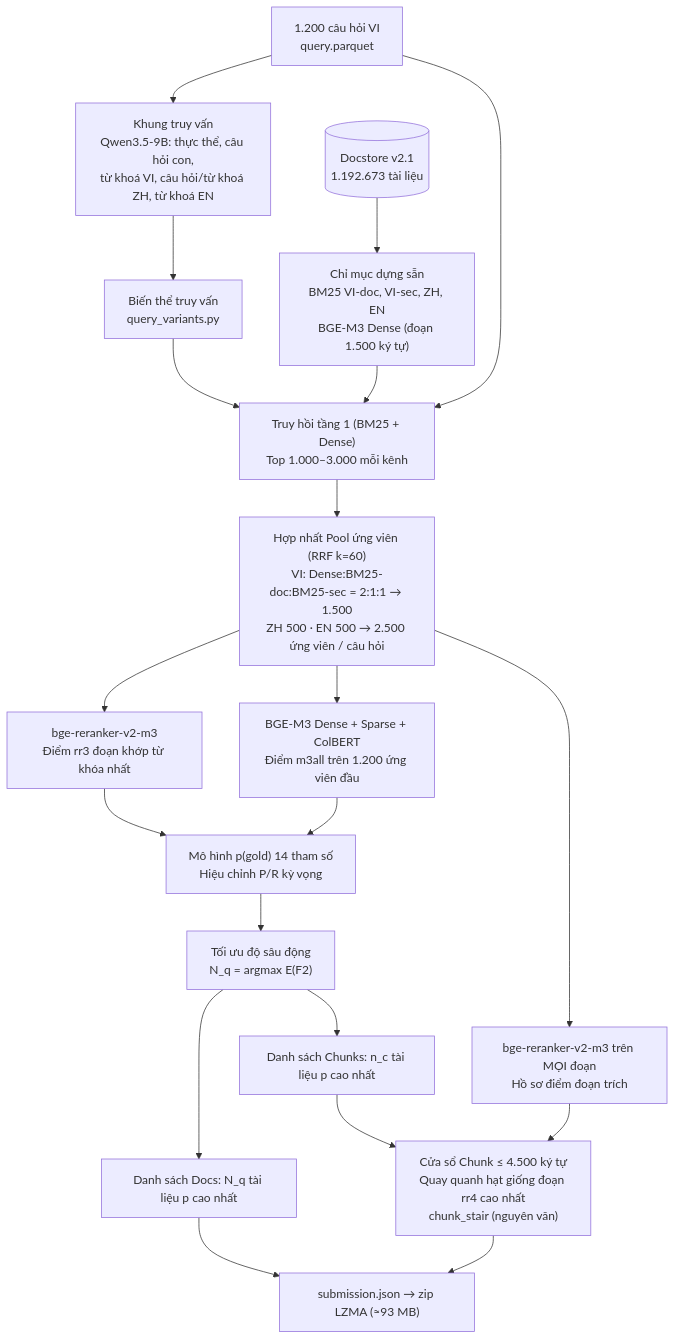
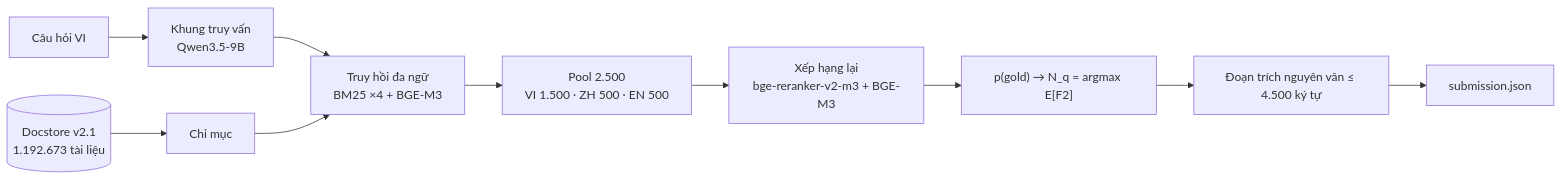
One commit to cakho6179/vibiomir changed the diagram in README.md. Above: the diagram before and after it, drawn with Mermaid. The commit also changed other lines of this file and 1 other file, not shown here.

Commit message:
README: professional overview with the demo, crawl and docstore; product doc: exact chunk growth and dense units

````diff
--- a/README.md
+++ b/README.md
@@ -55,22 +67,11 @@
 ```mermaid
-flowchart TD
-  Q["1.200 câu hỏi VI<br/>query.parquet"] --> F["Khung truy vấn<br/>Qwen3.5-9B: thực thể, câu hỏi con,<br/>từ khoá VI, câu hỏi/từ khoá ZH, từ khoá EN"]
-  F --> V["Biến thể truy vấn<br/>query_variants.py"]
-  D[("Docstore v2.1<br/>1.192.673 tài liệu")] --> IX["Chỉ mục dựng sẵn<br/>BM25 VI-doc, VI-sec, ZH, EN<br/>BGE-M3 Dense (đoạn 1.500 ký tự)"]
-  Q --> R1
-  V --> R1["Truy hồi tầng 1 (BM25 + Dense)<br/>Top 1.000–3.000 mỗi kênh"]
-  IX --> R1
-  R1 --> P["Hợp nhất Pool ứng viên (RRF k=60)<br/>VI: Dense:BM25-doc:BM25-sec = 2:1:1 → 1.500<br/>ZH 500 · EN 500 → 2.500 ứng viên / câu hỏi"]
-  P --> RR3["bge-reranker-v2-m3<br/>Điểm rr3 đoạn khớp từ khóa nhất"]
-  P --> M3["BGE-M3 Dense + Sparse + ColBERT<br/>Điểm m3all trên 1.200 ứng viên đầu"]
-  P --> RR4["bge-reranker-v2-m3 trên MỌI đoạn<br/>Hồ sơ điểm đoạn trích"]
-  RR3 --> PG["Mô hình p(gold) 14 tham số<br/>Hiệu chỉnh P/R kỳ vọng"]
-  M3 --> PG
-  PG --> NQ["Tối ưu độ sâu động<br/>N_q = argmax E(F2)"]
-  NQ --> DL["Danh sách Docs: N_q tài liệu p cao nhất"]
-  NQ --> CL["Danh sách Chunks: n_c tài liệu p cao nhất"]
-  RR4 --> CH["Cửa sổ Chunk ≤ 4.500 ký tự<br/>Quay quanh hạt giống đoạn rr4 cao nhất<br/>chunk_stair (nguyên văn)"]
-  CL --> CH
-  DL --> Z["submission.json → zip LZMA (≈93 MB)"]
-  CH --> Z
+flowchart LR
+  Q["Câu hỏi VI"] --> F["Khung truy vấn<br/>Qwen3.5-9B"]
+  F --> R["Truy hồi đa ngữ<br/>BM25 ×4 + BGE-M3"]
+  D[("Docstore v2.1<br/>1.192.673 tài liệu")] --> I["Chỉ mục"] --> R
+  R --> P["Pool 2.500<br/>VI 1.500 · ZH 500 · EN 500"]
+  P --> X["Xếp hạng lại<br/>bge-reranker-v2-m3 + BGE-M3"]
+  X --> G["p(gold) → N_q = argmax E[F2]"]
+  G --> C["Đoạn trích nguyên văn ≤ 4.500 ký tự"]
+  C --> S["submission.json"]
 ```
````
